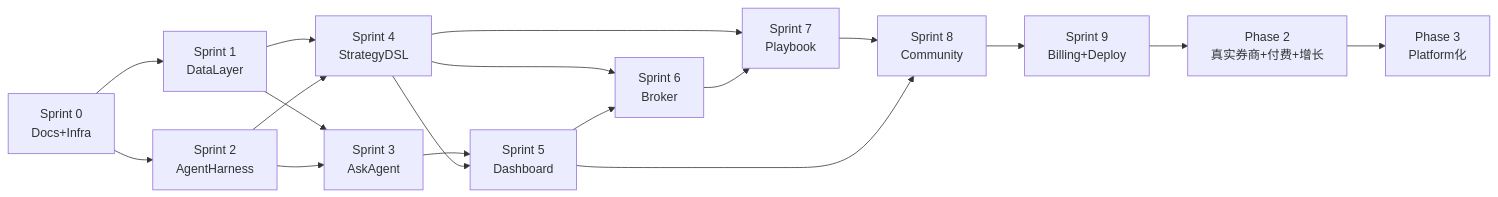
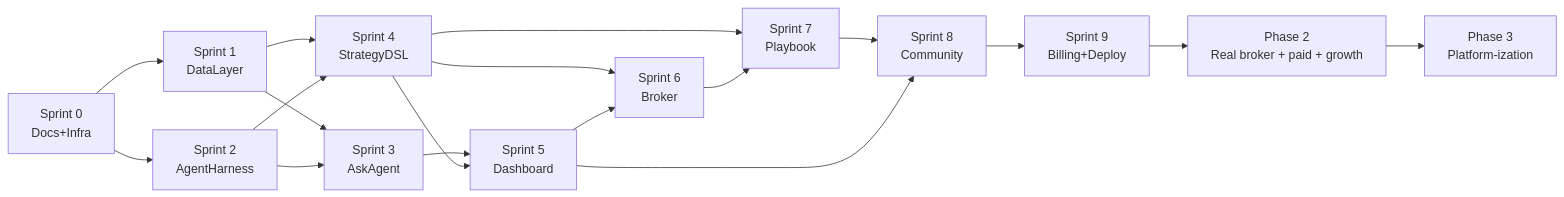
Before and after one commit to ZedeX/nova-invest: the diagram in docs/roadmap/Roadmap.md, drawn with Mermaid. The commit also changed other lines of this file and 42 other files, not shown here.

````diff
--- a/docs/roadmap/Roadmap.md
+++ b/docs/roadmap/Roadmap.md
@@ -351,21 +351,21 @@
 ```mermaid
 flowchart LR
     S0[Sprint 0<br/>Docs+Infra] --> S1[Sprint 1<br/>DataLayer]
     S0 --> S2[Sprint 2<br/>AgentHarness]
     S1 --> S3[Sprint 3<br/>AskAgent]
     S2 --> S3
     S1 --> S4[Sprint 4<br/>StrategyDSL]
     S2 --> S4
     S3 --> S5[Sprint 5<br/>Dashboard]
     S4 --> S5
     S4 --> S6[Sprint 6<br/>Broker]
     S5 --> S6
     S4 --> S7[Sprint 7<br/>Playbook]
     S6 --> S7
     S7 --> S8[Sprint 8<br/>Community]
     S5 --> S8
     S8 --> S9[Sprint 9<br/>Billing+Deploy]
 
-    S9 --> P2[Phase 2<br/>真实券商+付费+增长]
-    P2 --> P3[Phase 3<br/>Platform化]
+    S9 --> P2[Phase 2<br/>Real broker + paid + growth]
+    P2 --> P3[Phase 3<br/>Platform-ization]
 ```
````
